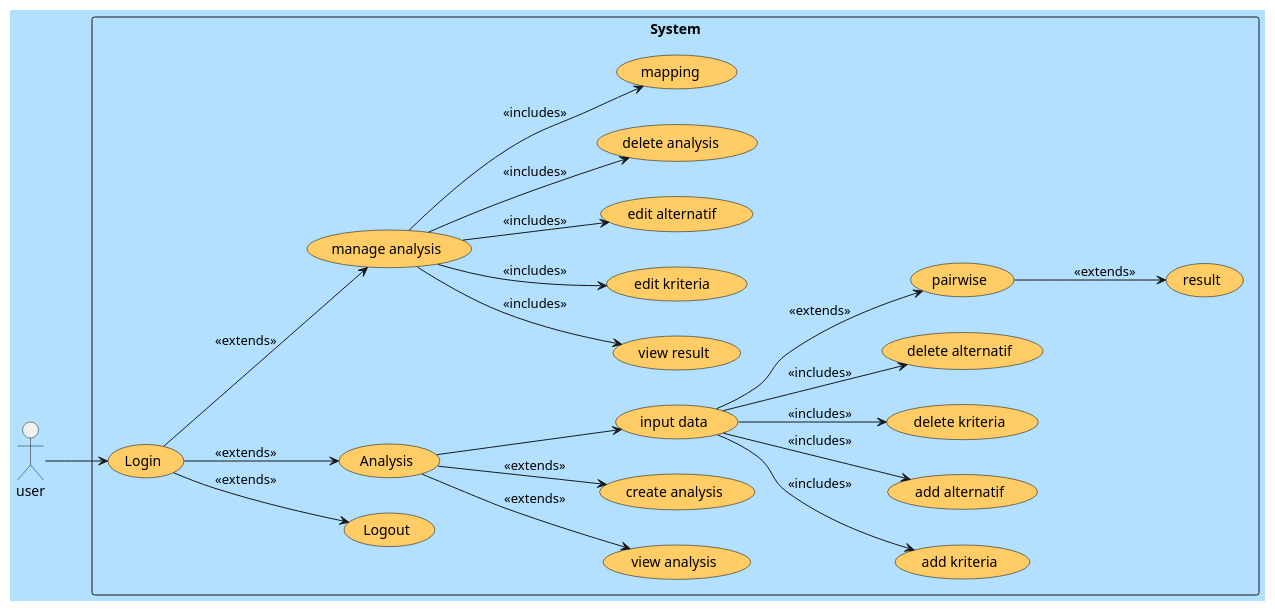
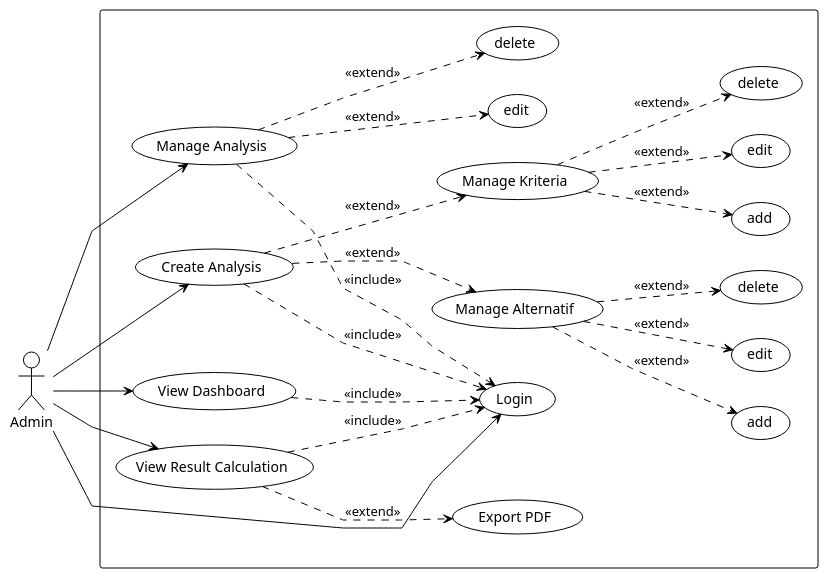
Before and after one commit to ren-zi-fa/spk-ahp-gis: the diagram in diagram/use-case.puml, drawn with PlantUML. The commit also changed 14 other files, not shown here.

```diff
--- a/diagram/use-case.puml
+++ b/diagram/use-case.puml
@@ -1,58 +1,72 @@
 @startuml
+!theme plain
+
+' Menggunakan skinparam untuk membuat garis lurus
+skinparam linetype polyline
+
 left to right direction
-skinparam backgroundColor #b3e0ff
-skinparam packageStyle rectangle
-skinparam usecase {
-  BackgroundColor #ffcc66
-  BorderColor black
+
+actor Admin
+
+rectangle  {
+  usecase "Login" as UC2
+  
+  usecase "View Dashboard" as UC1
+  usecase "Manage Analysis" as UC4
+  usecase "Create Analysis" as UC5
+  usecase "View Result Calculation" as UC6
+
+  usecase "edit" as UC4b
+  usecase "delete" as UC4c
+
+  usecase "Manage Kriteria" as UC5a
+  
+  usecase "add" as UC5a1
+  usecase "edit" as UC5a2
+  usecase "delete" as UC5a3
+
+  usecase "Export PDF" as UC6b
+  
+  ' Posisikan Manage Alternatif lebih ke bawah
+  usecase "Manage Alternatif" as UC5b
+  
+  usecase "add" as UC5b1
+  usecase "edit" as UC5b2
+  usecase "delete" as UC5b3
 }
 
-actor user
+' Koneksi Admin ke use case utama
+Admin --> UC2
+Admin --> UC1
+Admin --> UC4
+Admin --> UC5
+Admin --> UC6
 
-rectangle System {
-  usecase "Login" as UC1
-  usecase "Logout" as UC2
+' Include relationships - Login diperlukan untuk semua fungsi utama
+UC1 ..> UC2 : <<include>>
+UC4 ..> UC2 : <<include>>
+UC5 ..> UC2 : <<include>>
+UC6 ..> UC2 : <<include>>
 
-  usecase "Analysis" as UC3
-  usecase "view analysis" as UC4
-  usecase "create analysis" as UC5
+' Extend relationships untuk Manage Analysis
+UC4 ..> UC4b : <<extend>>
+UC4 ..> UC4c : <<extend>>
 
-  usecase "input data" as UC6
-  usecase "add kriteria" as UC7
-  usecase "add alternatif" as UC8
-  usecase "delete kriteria" as UC9
-  usecase "delete alternatif" as UC10
-  usecase "pairwise" as UC11
-  usecase "result" as UC12
-  usecase "manage analysis" as UC13
-  usecase "view result" as UC14
-  usecase "edit kriteria " as UC15
-  usecase "edit alternatif " as UC16
-  usecase "delete analysis  " as UC17
-  usecase "mapping  " as UC18
+' Extend relationships untuk Create Analysis
+UC5 ..> UC5a : <<extend>>
+UC5 ..> UC5b : <<extend>>
 
-  user --> UC1
-  UC1 --> UC2 : <<extends>>
-  UC1 --> UC3 : <<extends>>
+' Extend relationships untuk Manage Kriteria
+UC5a ..> UC5a1 : <<extend>>
+UC5a ..> UC5a2 : <<extend>>
+UC5a ..> UC5a3 : <<extend>>
 
-  UC3 --> UC4 : <<extends>>
-  UC3 --> UC5 : <<extends>>
-  UC3 --> UC6
+' Extend relationships untuk Manage Alternatif
+UC5b ..> UC5b1 : <<extend>>
+UC5b ..> UC5b2 : <<extend>>
+UC5b ..> UC5b3 : <<extend>>
 
-  UC6 --> UC7 : <<includes>>
-  UC6 --> UC8 : <<includes>>
-  UC6 --> UC9 : <<includes>>
-  UC6 --> UC10 : <<includes>>
+' Extend relationship untuk Export PDF
+UC6 ..> UC6b : <<extend>>
 
-  UC6 --> UC11 : <<extends>>
-
-  UC11 --> UC12 : <<extends>>
-  UC1 --> UC13 : <<extends>>
-
-  UC13 --> UC14 : <<includes>>
-  UC13 --> UC15 : <<includes>>
-  UC13 --> UC16 :  <<includes>>
-  UC13 --> UC17 :  <<includes>>
-  UC13 --> UC18 :  <<includes>>
-}
 @enduml
```
